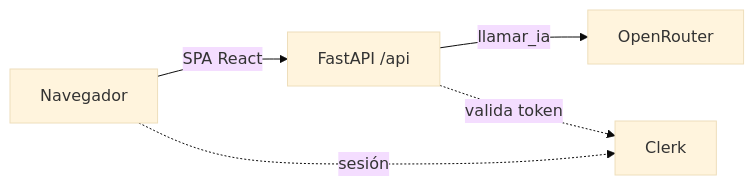
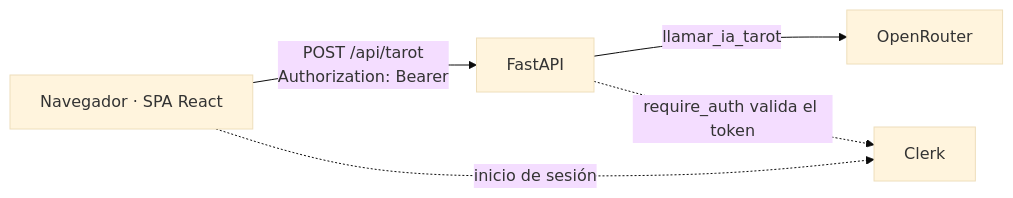
One commit to Itsj5j6j7/ESPA-practica-1 changed the diagram in README.md. Above: the diagram before and after it, drawn with Mermaid (base theme). The commit also changed other lines of this file, not shown here.

Commit message:
docs: actualiza el readme al oráculo astral con clerk, vercel y aws

````diff
--- a/README.md
+++ b/README.md
@@ -31,7 +29,7 @@
 ```mermaid
 flowchart LR
-  N[Navegador] -->|SPA React| F[FastAPI /api]
-  F -->|llamar_ia| O[OpenRouter]
-  N -. sesión .-> C[Clerk]
-  F -. valida token .-> C
+  N[Navegador · SPA React] -->|"POST /api/tarot<br/>Authorization: Bearer"| F[FastAPI]
+  F -->|"llamar_ia_tarot"| O[OpenRouter]
+  N -. inicio de sesión .-> C[Clerk]
+  F -. require_auth valida el token .-> C
 ```
````
